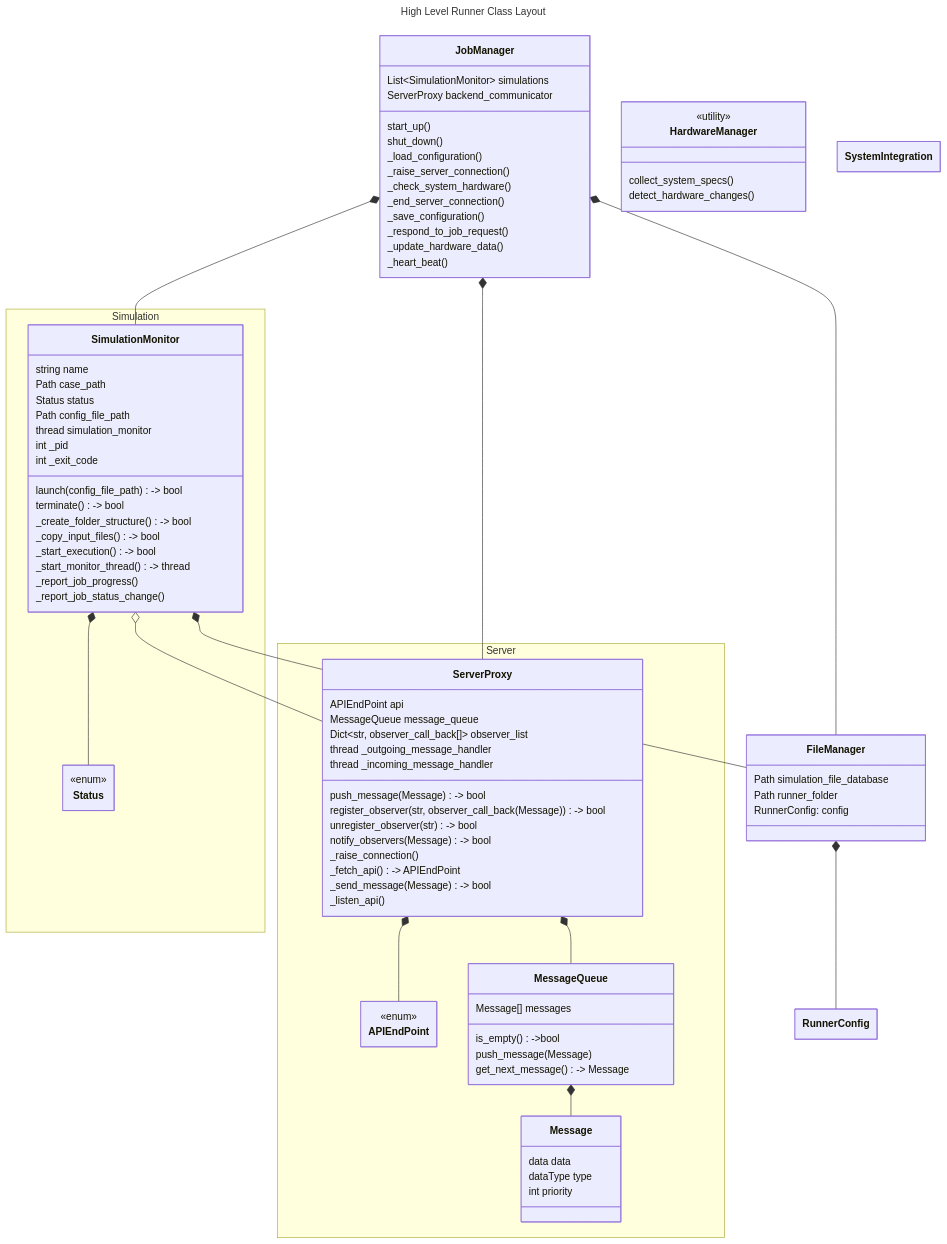
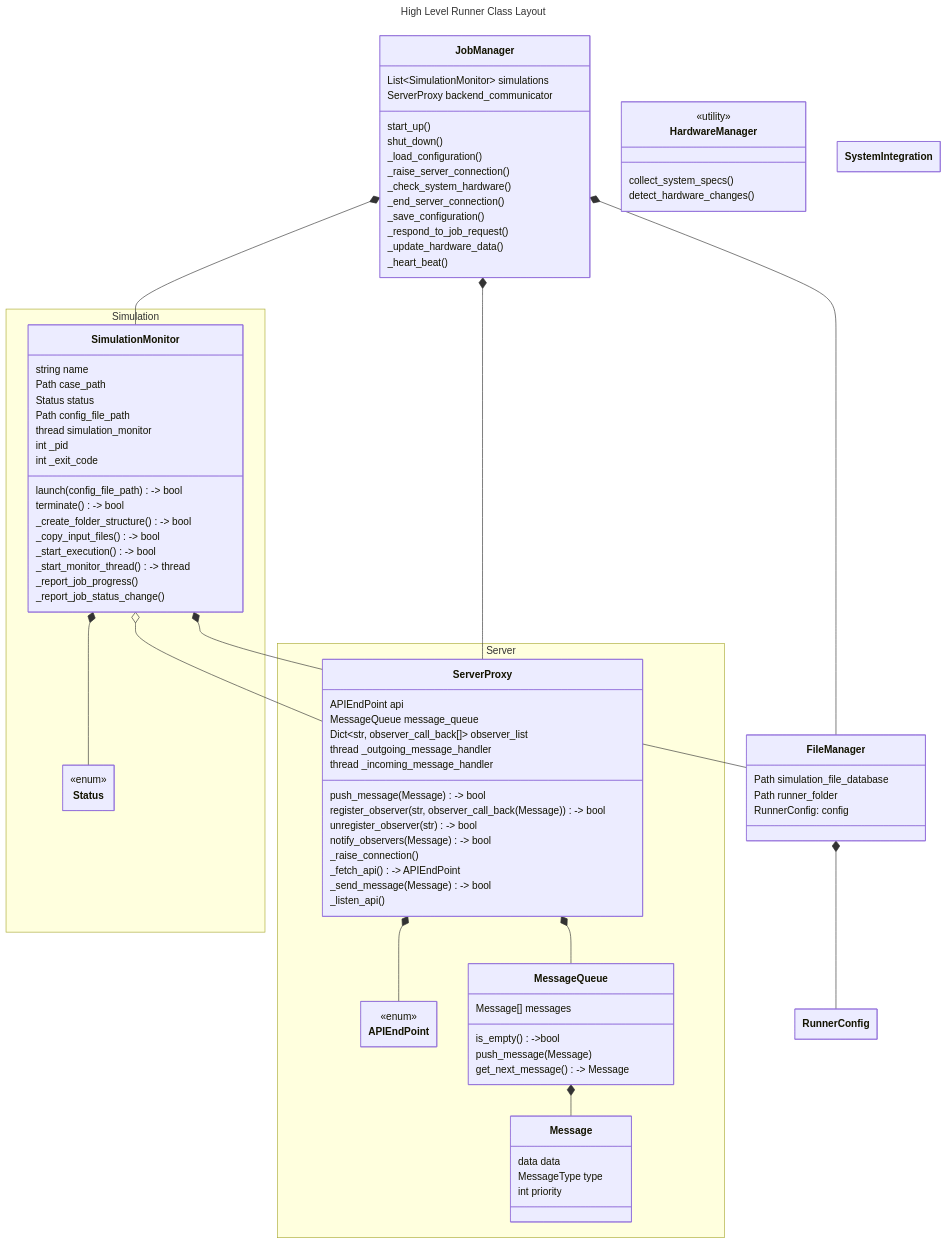
One commit to fyn-tech/fyn-runner changed the diagram in docs/primary_design.md. Above: the diagram before and after it, drawn with Mermaid. The commit also changed 1 other file, not shown here.

Commit message:
- quick type update in design

```diff
--- a/docs/primary_design.md
+++ b/docs/primary_design.md
@@ -204,7 +204,7 @@
 
     class Message {
       data data
-      dataType type
+      MessageType type
       int priority
     }
   }
```
